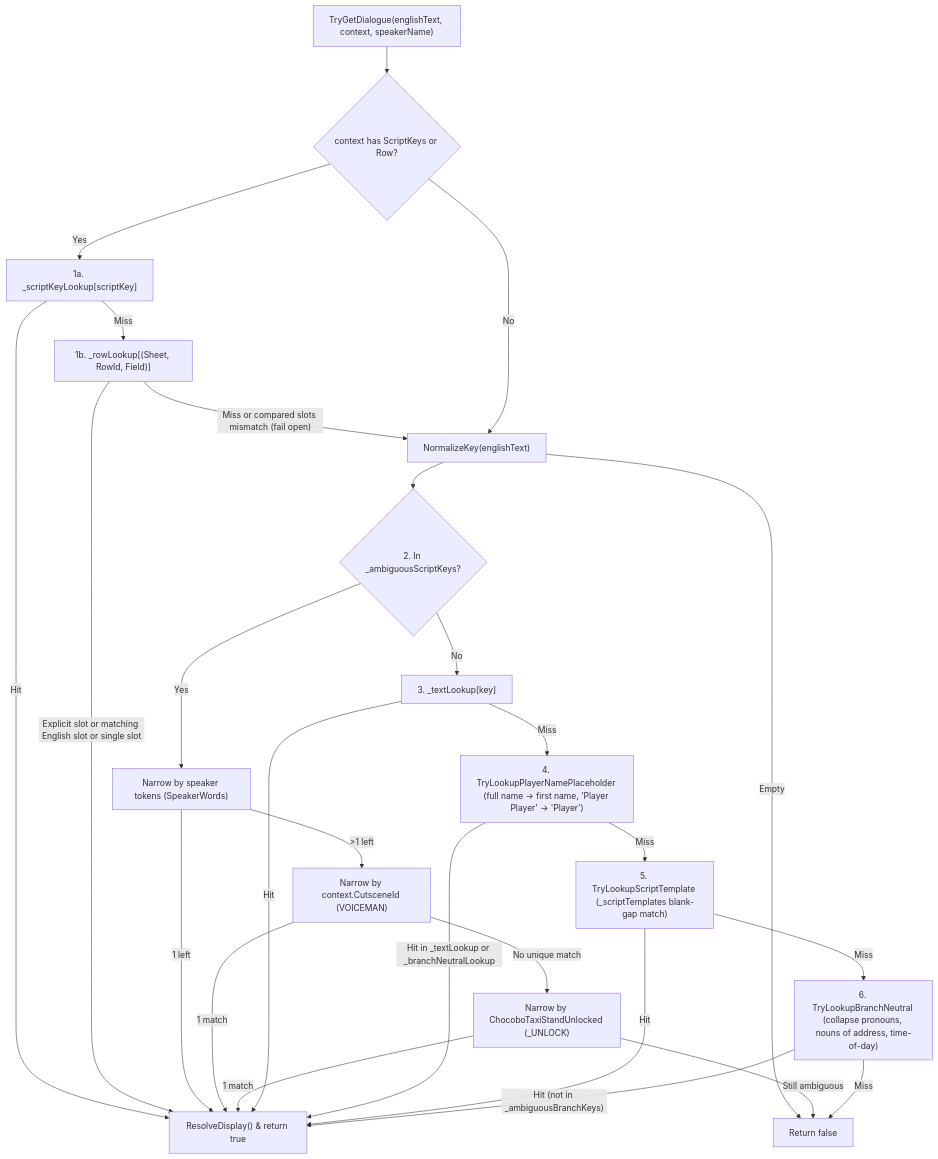
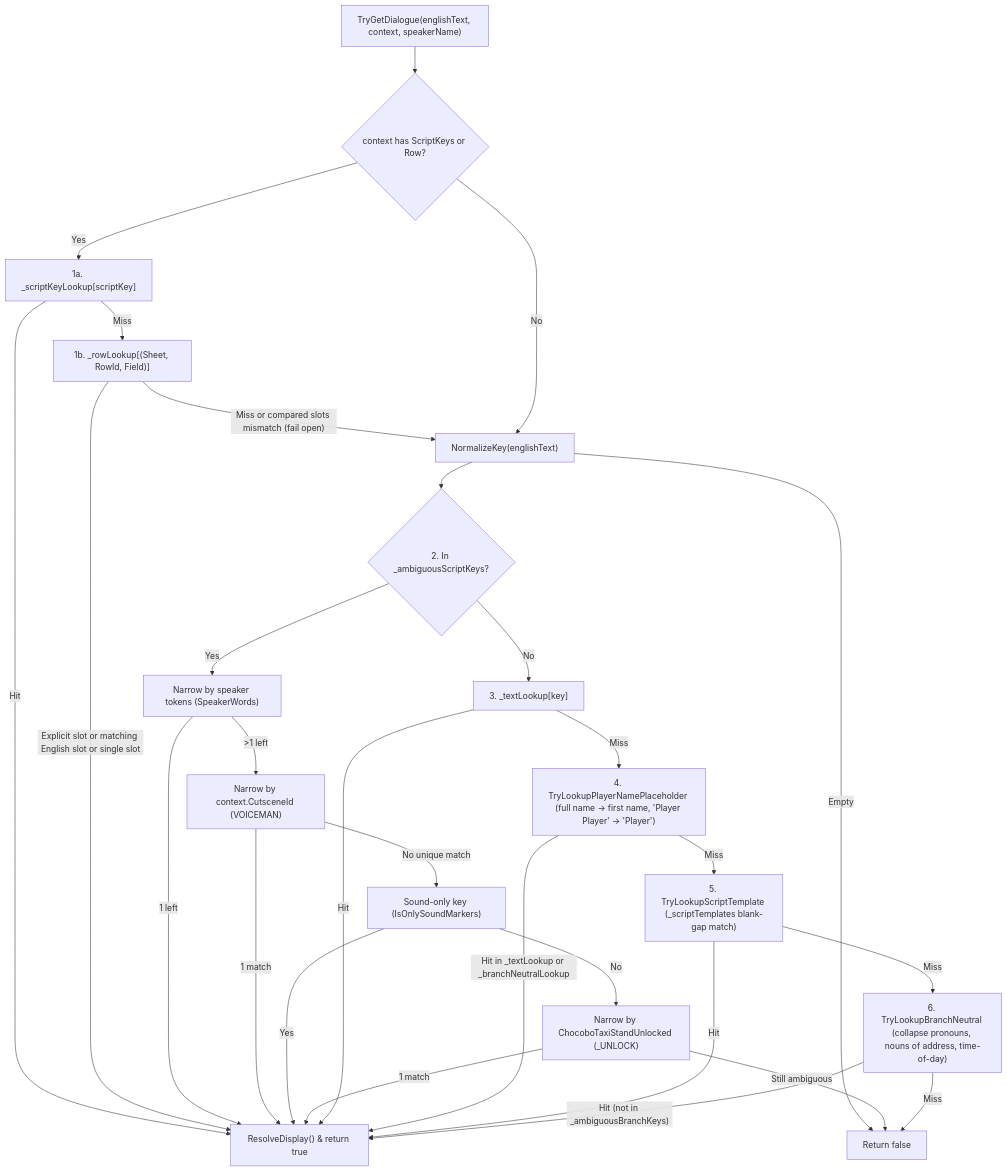
The third of 7 diagrams in docs/translation-workflow.md (raydenhui/Sinophone), drawn with Mermaid before and after one commit. The commit also changed other lines of this file and 1 other file, not shown here.

````diff
--- a/docs/translation-workflow.md
+++ b/docs/translation-workflow.md
@@ -131,31 +131,33 @@
 ```mermaid
 flowchart TD
     Start["TryGetDialogue(englishText, context, speakerName)"] --> IdCheck{"context has ScriptKeys or Row?"}
 
     IdCheck -- Yes --> ScriptKey["1a. _scriptKeyLookup[scriptKey]"]
     ScriptKey -- Hit --> Ret["ResolveDisplay() & return true"]
     ScriptKey -- Miss --> RowLookup["1b. _rowLookup[(Sheet, RowId, Field)]"]
     RowLookup -- "Explicit slot or matching English slot or single slot" --> Ret
     RowLookup -- "Miss or compared slots mismatch (fail open)" --> Norm["NormalizeKey(englishText)"]
     IdCheck -- No --> Norm
 
     Norm -- Empty --> Fail["Return false"]
     Norm --> AmbigCheck{"2. In _ambiguousScriptKeys?"}
     AmbigCheck -- Yes --> NarrowSpeaker["Narrow by speaker tokens (SpeakerWords)"]
     NarrowSpeaker -- "1 left" --> Ret
     NarrowSpeaker -- ">1 left" --> NarrowCutscene["Narrow by context.CutsceneId (VOICEMAN)"]
     NarrowCutscene -- "1 match" --> Ret
-    NarrowCutscene -- "No unique match" --> NarrowTaxi["Narrow by ChocoboTaxiStandUnlocked (_UNLOCK)"]
+    NarrowCutscene -- "No unique match" --> NarrowSound["Sound-only key (IsOnlySoundMarkers)"]
+    NarrowSound -- "Yes" --> Ret
+    NarrowSound -- "No" --> NarrowTaxi["Narrow by ChocoboTaxiStandUnlocked (_UNLOCK)"]
     NarrowTaxi -- "1 match" --> Ret
     NarrowTaxi -- "Still ambiguous" --> Fail
 
     AmbigCheck -- No --> ExactText["3. _textLookup[key]"]
     ExactText -- Hit --> Ret
     ExactText -- Miss --> PlayerSub["4. TryLookupPlayerNamePlaceholder (full name -> first name, 'Player Player' -> 'Player')"]
     PlayerSub -- "Hit in _textLookup or _branchNeutralLookup" --> Ret
     PlayerSub -- Miss --> ScriptTpl["5. TryLookupScriptTemplate (_scriptTemplates blank-gap match)"]
     ScriptTpl -- Hit --> Ret
     ScriptTpl -- Miss --> Branch["6. TryLookupBranchNeutral (collapse pronouns, nouns of address, time-of-day)"]
     Branch -- "Hit (not in _ambiguousBranchKeys)" --> Ret
     Branch -- Miss --> Fail
 ```
````
